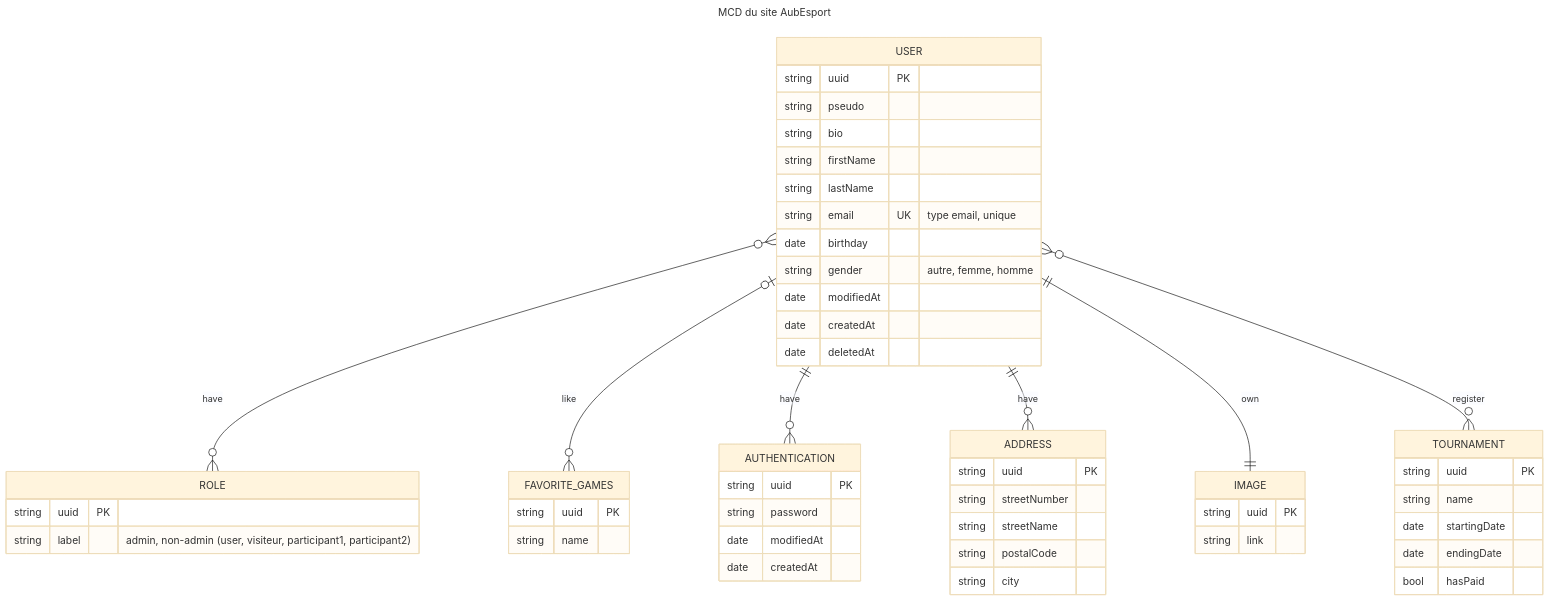
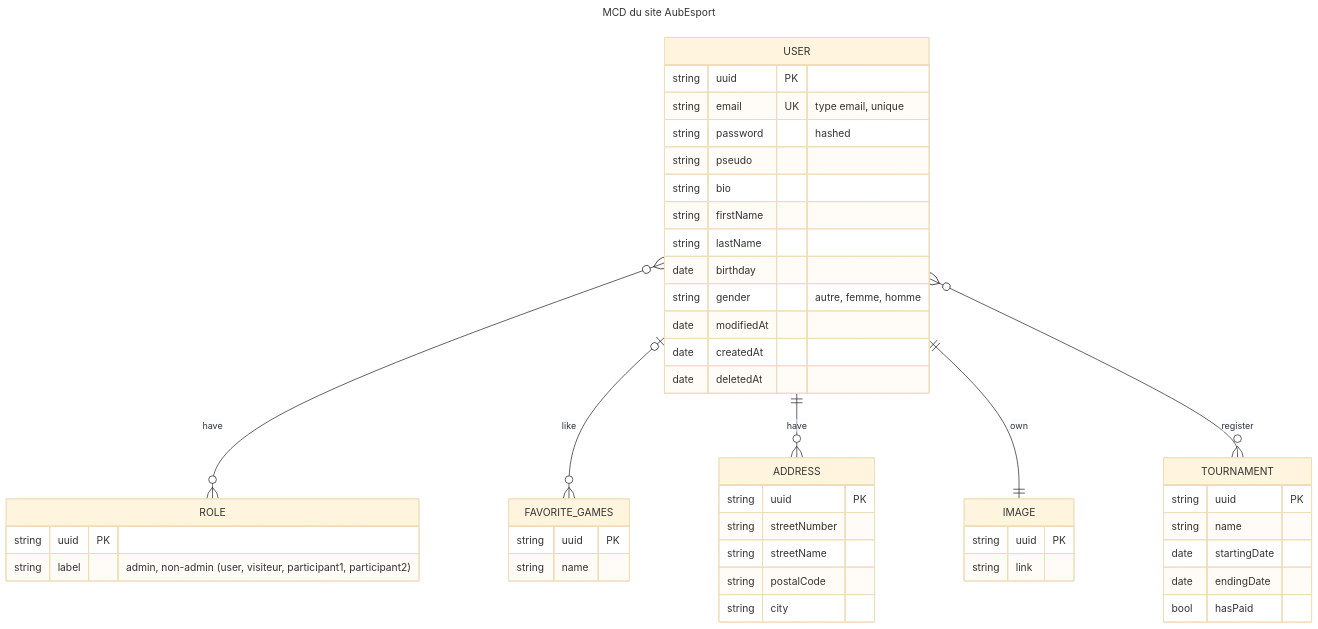
Before and after one commit to HueKhuc/Aubesport: the diagram in MCD.md, drawn with Mermaid (base theme). The commit also changed 14 other files, not shown here.

First line of the commit message:
Feat: add user's password (#46)

````diff
--- a/MCD.md
+++ b/MCD.md
@@ -1,67 +1,60 @@
 ```mermaid
 ---
 title: MCD du site AubEsport
 ---
 erDiagram
     USER {
         string uuid PK
+        string email UK "type email, unique"
+        string password "hashed"
         string pseudo
         string bio
         string firstName
         string lastName
-        string email UK "type email, unique"
         date birthday
         string gender "autre, femme, homme"
         date modifiedAt
         date createdAt
         date deletedAt
     }
 
     USER }o--o{ ROLE : have
     ROLE {
         string uuid PK
         string label "admin, non-admin (user, visiteur, participant1, participant2)"
     }
 
 
     USER |o--o{ FAVORITE_GAMES : like
     FAVORITE_GAMES {
         string uuid PK
         string name
-    }
-    
-    USER ||--o{ AUTHENTICATION : have
-    AUTHENTICATION {
-        string uuid PK
-        string password
-        date modifiedAt
-        date createdAt
     }
 
     USER ||--o{ ADDRESS : have
     
     ADDRESS {
         string uuid PK
         string streetNumber
         string streetName
         string postalCode
         string city
     }
 
     USER ||--|| IMAGE : own
     IMAGE {
         string uuid PK
         string link
     }
 
 
     USER }o--o{ TOURNAMENT : register
     TOURNAMENT {
         string uuid PK
         string name
         date startingDate
         date endingDate
         bool hasPaid   
     }
 
 ```
````
